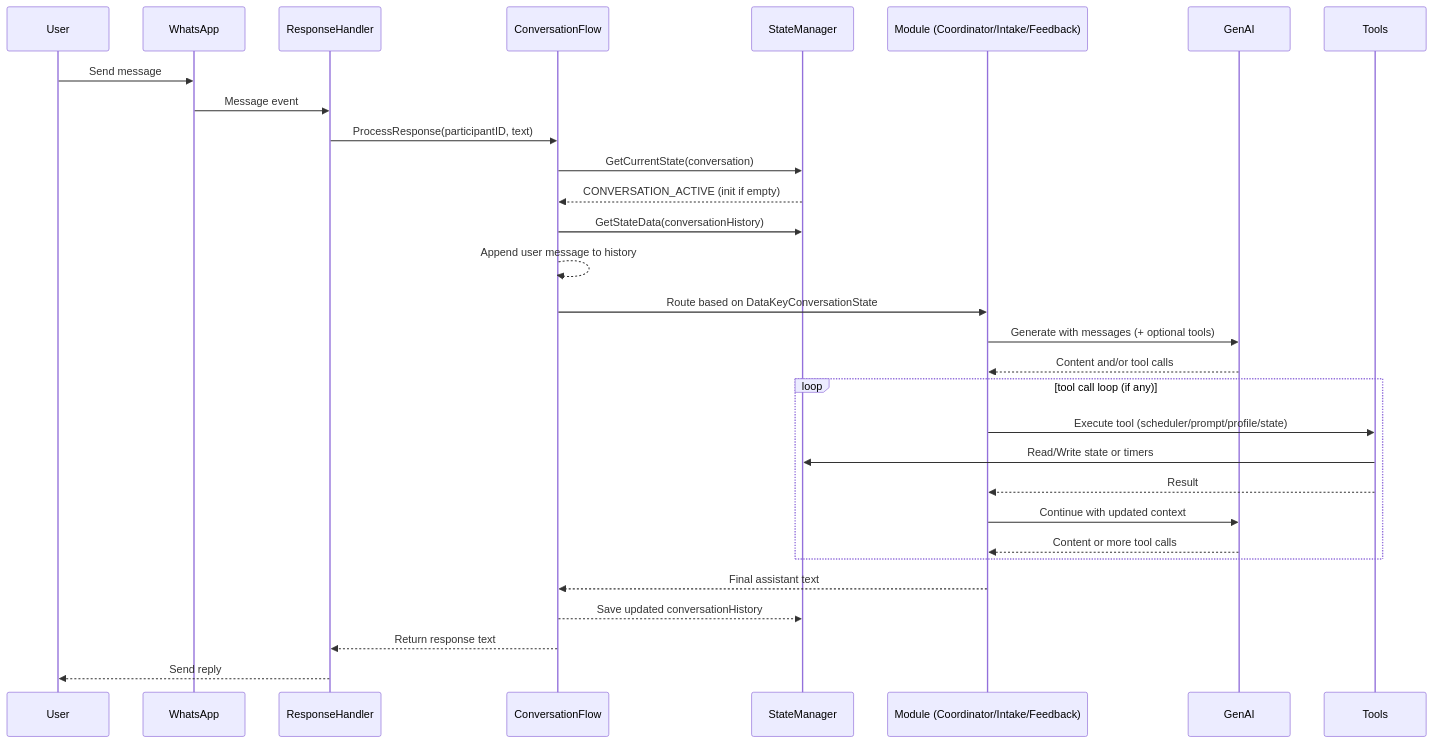
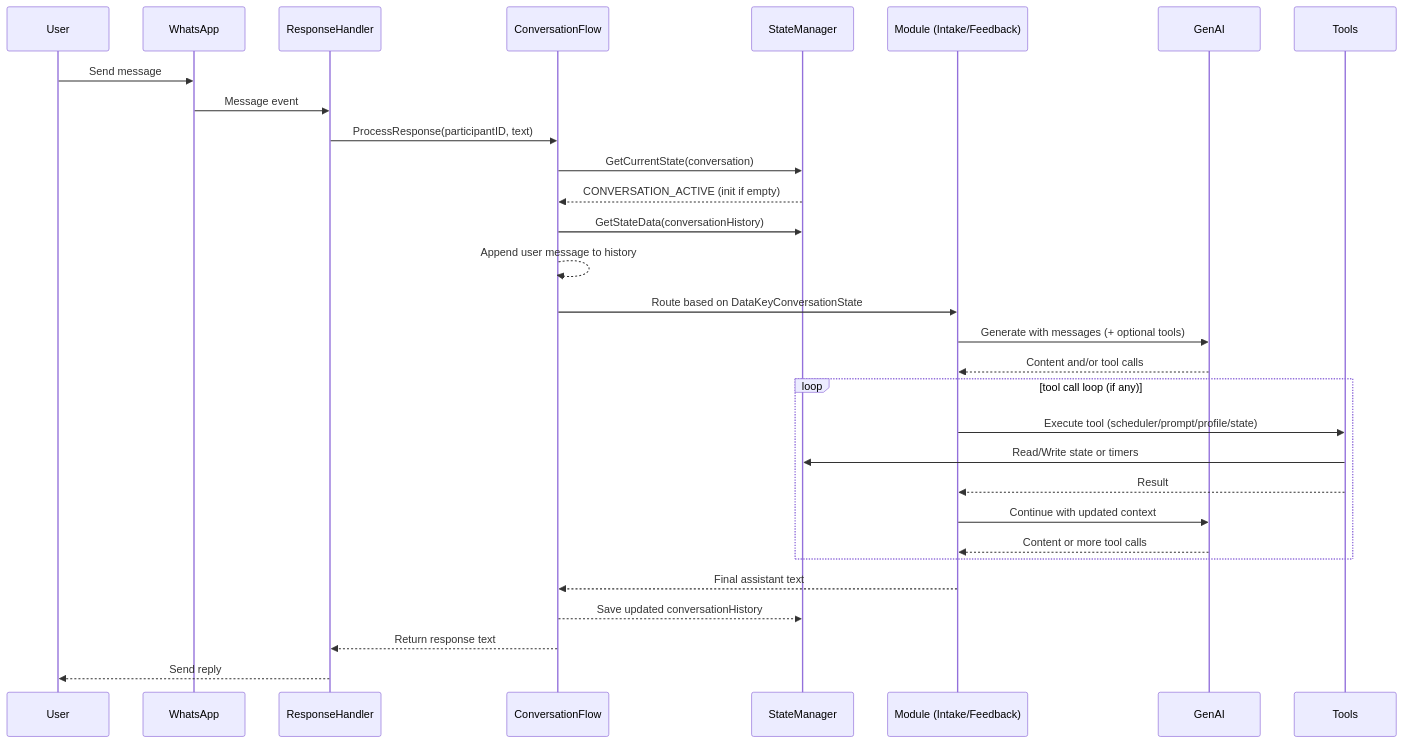
Before and after one commit to BTreeMap/PromptPipe: the second of 5 diagrams in docs/conversation-flow-architecture.md, drawn with Mermaid. The commit also changed other lines of this file and 1 other file, not shown here.

Commit message:
docs(conversation-flow): update architecture documentation to reflect current module wiring and remove legacy coordinator references

````diff
--- a/docs/conversation-flow-architecture.md
+++ b/docs/conversation-flow-architecture.md
@@ -129,33 +125,33 @@
 ```mermaid
 sequenceDiagram
   participant User
   participant WA as WhatsApp
   participant RH as ResponseHandler
   participant CF as ConversationFlow
   participant SM as StateManager
-  participant MOD as Module (Coordinator/Intake/Feedback)
+  participant MOD as Module (Intake/Feedback)
   participant GA as GenAI
   participant TL as Tools
 
   User->>WA: Send message
   WA->>RH: Message event
   RH->>CF: ProcessResponse(participantID, text)
   CF->>SM: GetCurrentState(conversation)
   SM-->>CF: CONVERSATION_ACTIVE (init if empty)
   CF->>SM: GetStateData(conversationHistory)
   CF-->>CF: Append user message to history
   CF->>MOD: Route based on DataKeyConversationState
   MOD->>GA: Generate with messages (+ optional tools)
   GA-->>MOD: Content and/or tool calls
   loop tool call loop (if any)
     MOD->>TL: Execute tool (scheduler/prompt/profile/state)
     TL->>SM: Read/Write state or timers
     TL-->>MOD: Result
     MOD->>GA: Continue with updated context
     GA-->>MOD: Content or more tool calls
   end
   MOD-->>CF: Final assistant text
   CF-->>SM: Save updated conversationHistory
   CF-->>RH: Return response text
   RH-->>User: Send reply
 ```
````
